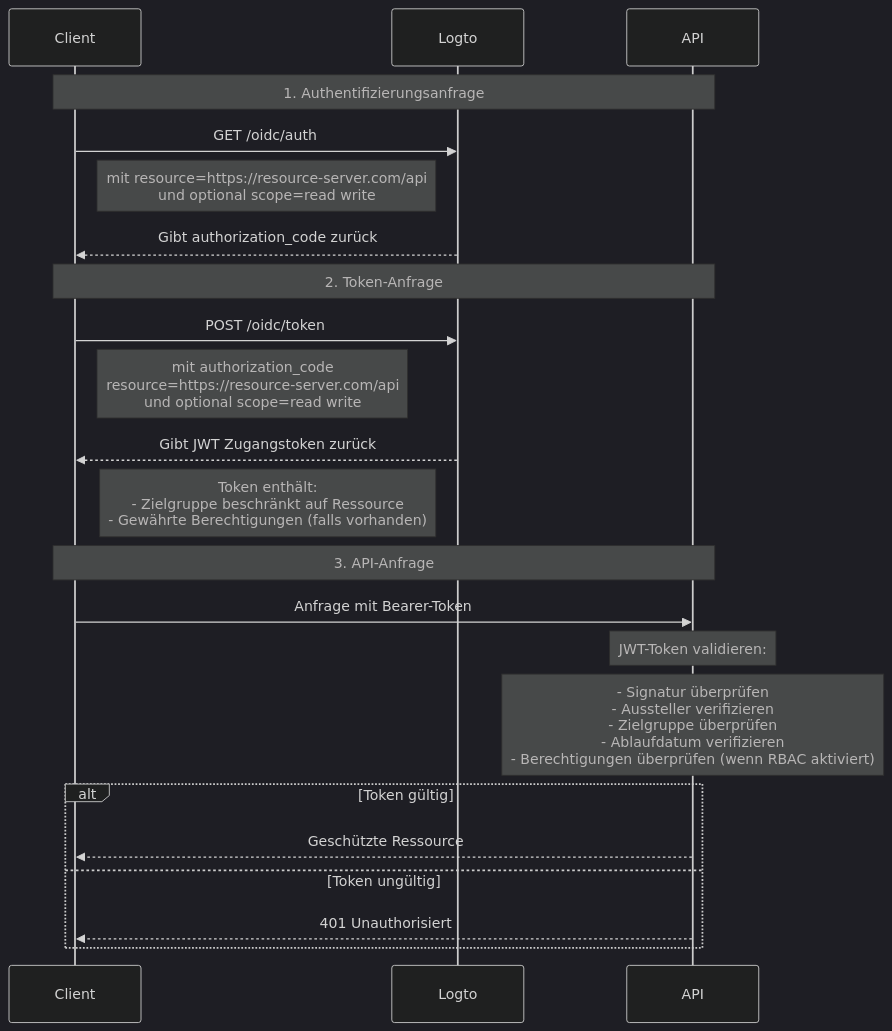
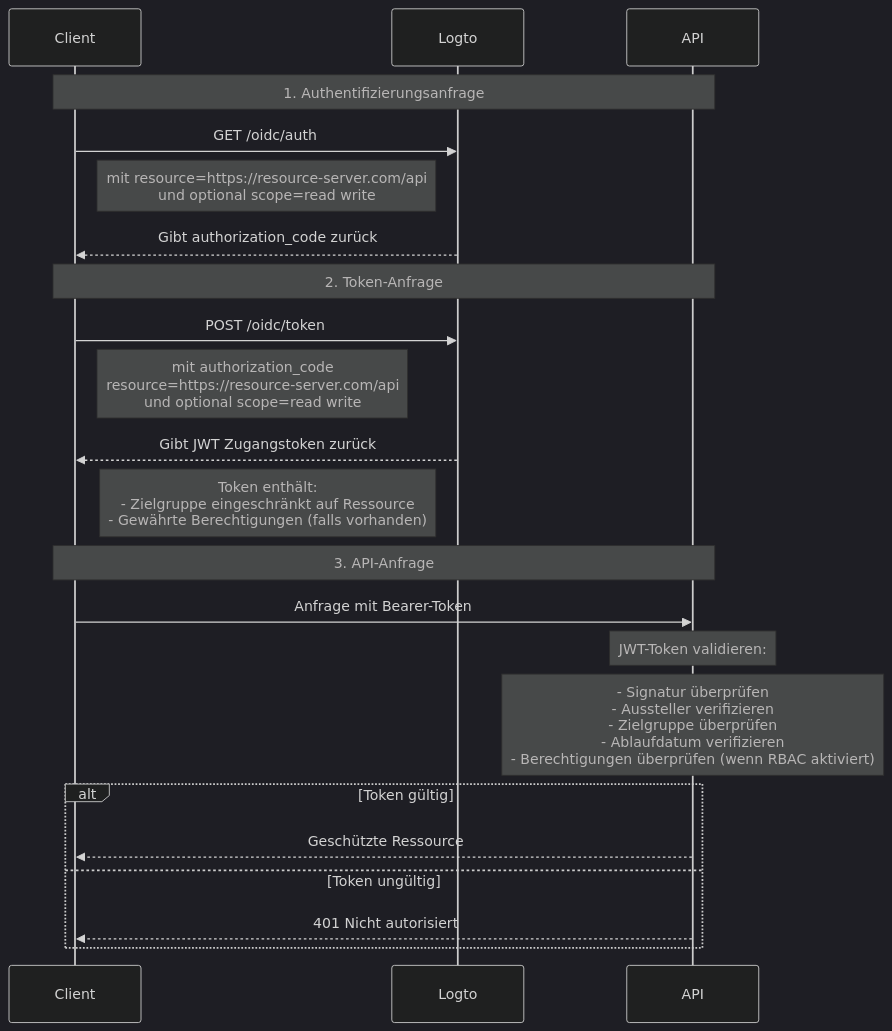
The diagram in i18n/de/docusaurus-plugin-content-docs/current/authorization/api-resources/protect-your-api.mdx (logto-io/docs), drawn with Mermaid (dark theme) before and after one commit. The commit also changed other lines of this file and 428 other files, not shown here.

````diff
--- a/i18n/de/docusaurus-plugin-content-docs/current/authorization/api-resources/protect-your-api.mdx
+++ b/i18n/de/docusaurus-plugin-content-docs/current/authorization/api-resources/protect-your-api.mdx
@@ -9,27 +9,27 @@
 ```mermaid
 sequenceDiagram
     participant Client
     participant Logto
     participant API
 
     Note over Client,API: 1. Authentifizierungsanfrage
     Client->>Logto: GET /oidc/auth
     Note right of Client: mit resource=https://resource-server.com/api<br/>und optional scope=read write
     Logto-->>Client: Gibt authorization_code zurück
 
     Note over Client,API: 2. Token-Anfrage
     Client->>Logto: POST /oidc/token
     Note right of Client: mit authorization_code<br/>resource=https://resource-server.com/api<br/>und optional scope=read write
     Logto-->>Client: Gibt JWT Zugangstoken zurück
-    Note left of Logto: Token enthält:<br/>- Zielgruppe beschränkt auf Ressource<br/>- Gewährte Berechtigungen (falls vorhanden)
+    Note left of Logto: Token enthält:<br/>- Zielgruppe eingeschränkt auf Ressource<br/>- Gewährte Berechtigungen (falls vorhanden)
 
     Note over Client,API: 3. API-Anfrage
     Client->>API: Anfrage mit Bearer-Token
     Note over API: JWT-Token validieren:
     Note over API: - Signatur überprüfen<br/>- Aussteller verifizieren<br/>- Zielgruppe überprüfen<br/>- Ablaufdatum verifizieren<br/>- Berechtigungen überprüfen (wenn RBAC aktiviert)
     alt Token gültig
         API-->>Client: Geschützte Ressource
     else Token ungültig
-        API-->>Client: 401 Unauthorisiert
+        API-->>Client: 401 Nicht autorisiert
     end
 ```
````
